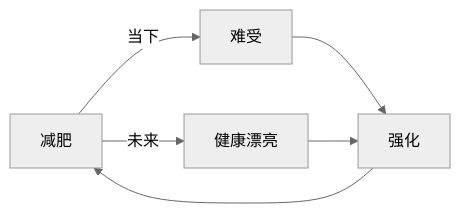
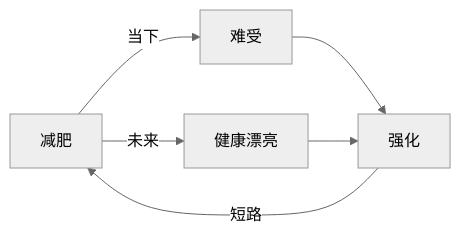
One commit to zhangjunhd/reading-notes changed the seventh of 9 diagrams in psychology/CBT.md. Above: the diagram before and after it, drawn with Mermaid (neutral theme). The commit also changed other lines of this file, not shown here.

````diff
--- a/psychology/CBT.md
+++ b/psychology/CBT.md
@@ -1045,8 +1045,8 @@
 ```mermaid
 flowchart LR
     A[减肥]--当下-->B[难受]
     A--未来-->C[健康漂亮]
     B-->D[强化]
     C-->D[强化]
-    D-->A
+    D--短路-->A
 ```
````
